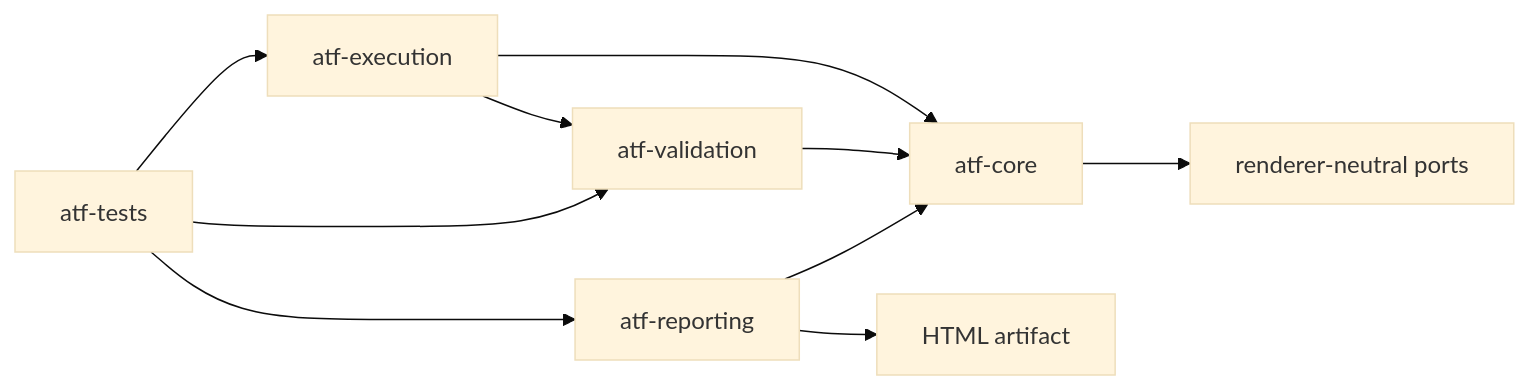
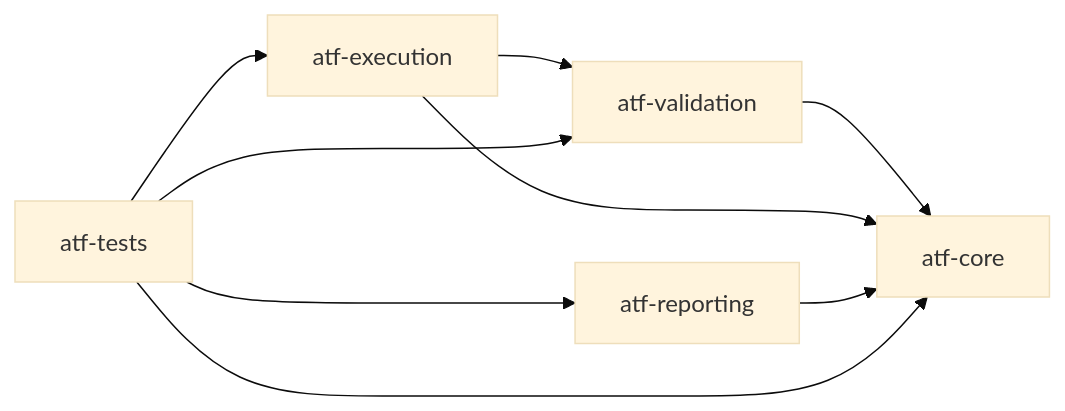
The third of 4 diagrams in README.md (crististefanita/demo2), drawn with Mermaid (base theme) before and after one commit. The commit also changed other lines of this file and 38 other files, not shown here.

Commit message:
Refine Java ATF reporting and execution contracts

````diff
--- a/README.md
+++ b/README.md
@@ -80,12 +106,11 @@
 ```mermaid
 flowchart LR
-    Tests[atf-tests] --> Execution[atf-execution]
-    Tests --> Validation[atf-validation]
-    Tests --> Reporting[atf-reporting]
-    Execution --> Core[atf-core]
-    Execution --> Validation
-    Validation --> Core
-    Reporting --> Core
-    Core --> Ports[renderer-neutral ports]
-    Reporting --> Artifact[HTML artifact]
+    Validation[atf-validation] --> Core[atf-core]
+    Execution[atf-execution] --> Validation
+    Execution --> Core
+    Reporting[atf-reporting] --> Core
+    Tests[atf-tests] --> Execution
+    Tests --> Validation
+    Tests --> Reporting
+    Tests --> Core
 ```
````
